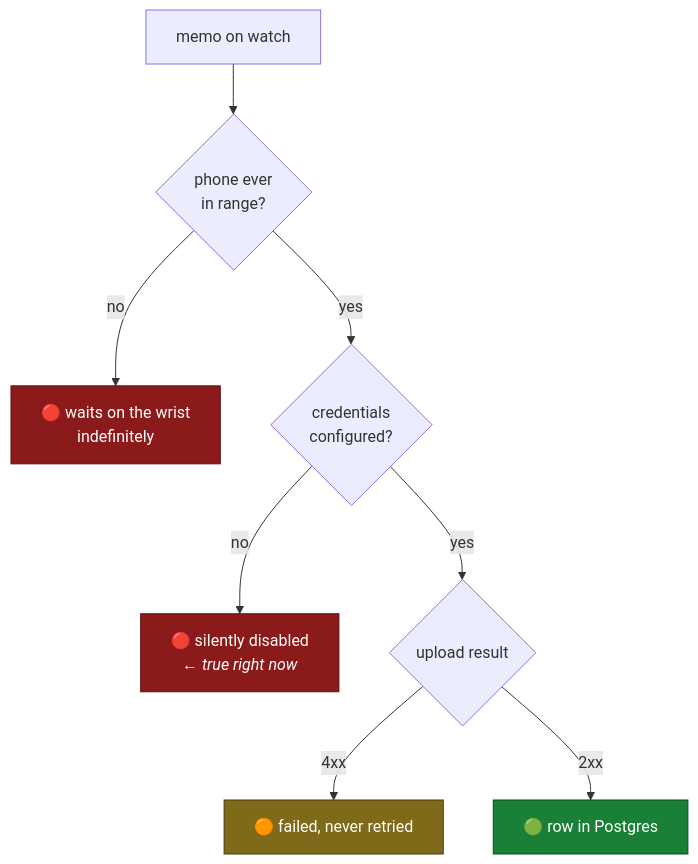
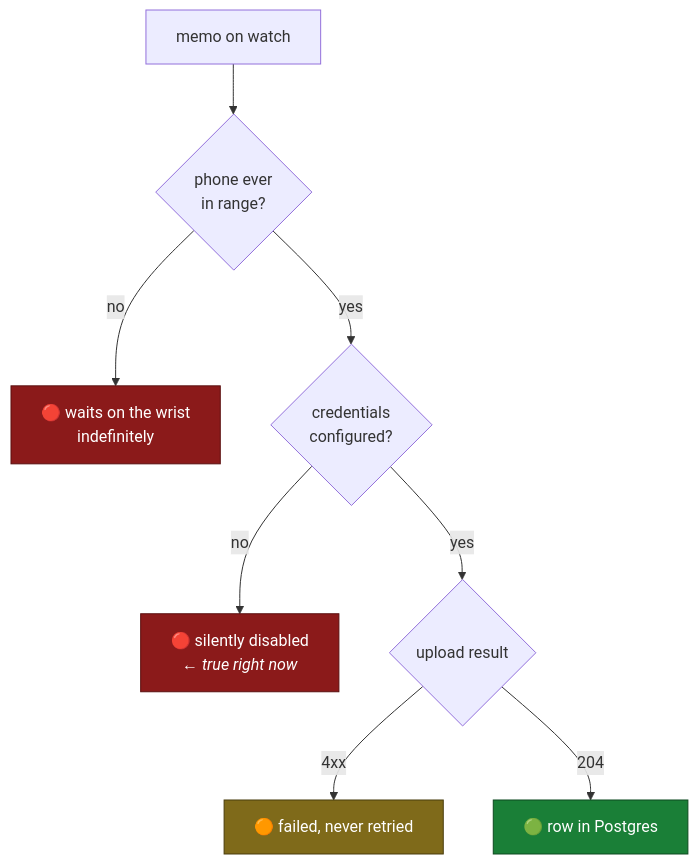
Before and after one commit to FrankLong1/watch-recorder: the fourth of 4 diagrams in 1a_UPLOAD_PATHS.md, drawn with Mermaid. The commit also changed other lines of this file and 43 other files, not shown here.

````diff
--- a/1a_UPLOAD_PATHS.md
+++ b/1a_UPLOAD_PATHS.md
@@ -125,15 +128,15 @@
 ```mermaid
 flowchart TD
     M["memo on watch"] --> S1{"phone ever<br/>in range?"}
     S1 -->|"no"| K1["🔴 waits on the wrist<br/>indefinitely"]
     S1 -->|"yes"| S2{"credentials<br/>configured?"}
     S2 -->|"no"| K2["🔴 silently disabled<br/><i>← true right now</i>"]
     S2 -->|"yes"| S3{"upload result"}
     S3 -->|"4xx"| K3["🟠 failed, never retried"]
-    S3 -->|"2xx"| OK["🟢 row in Postgres"]
+    S3 -->|"204"| OK["🟢 row in Postgres"]
 
     style K1 fill:#8b1a1a,stroke:#5a0f0f,color:#fff
     style K2 fill:#8b1a1a,stroke:#5a0f0f,color:#fff
     style K3 fill:#7f6a1a,stroke:#4a3d0d,color:#fff
     style OK fill:#1a7f37,stroke:#0d4a20,color:#fff
 ```
````
